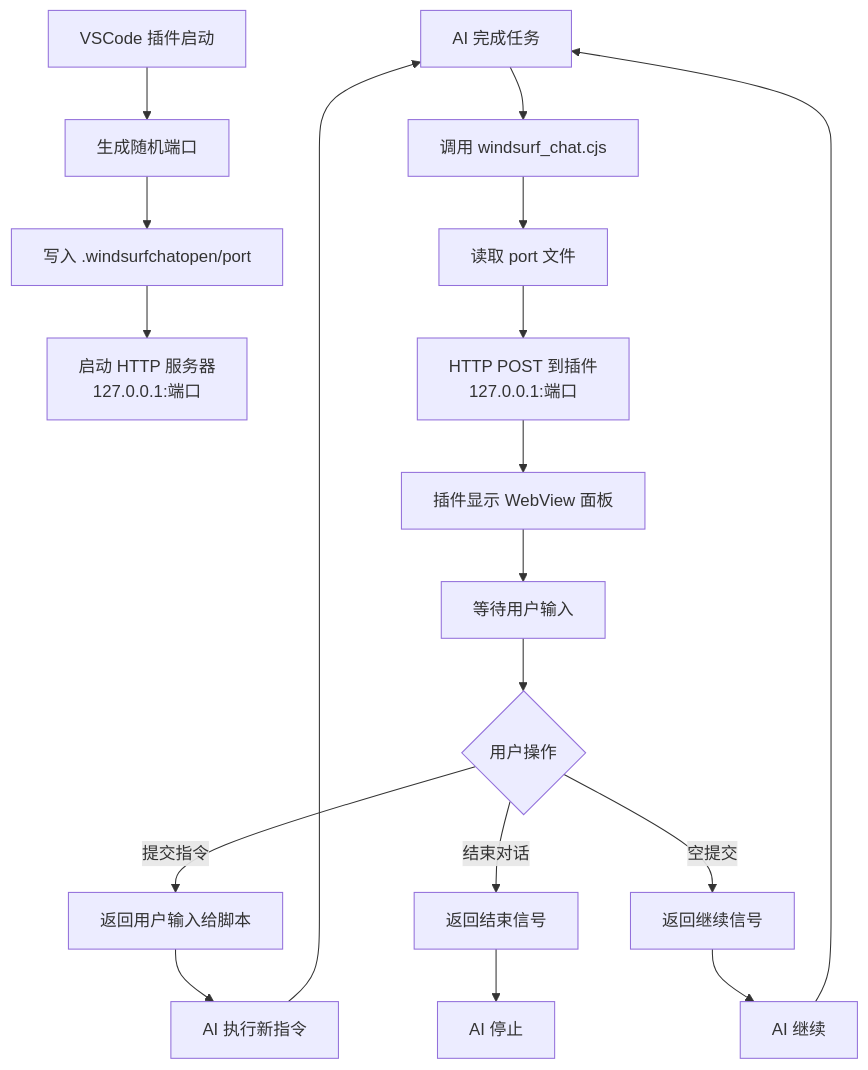
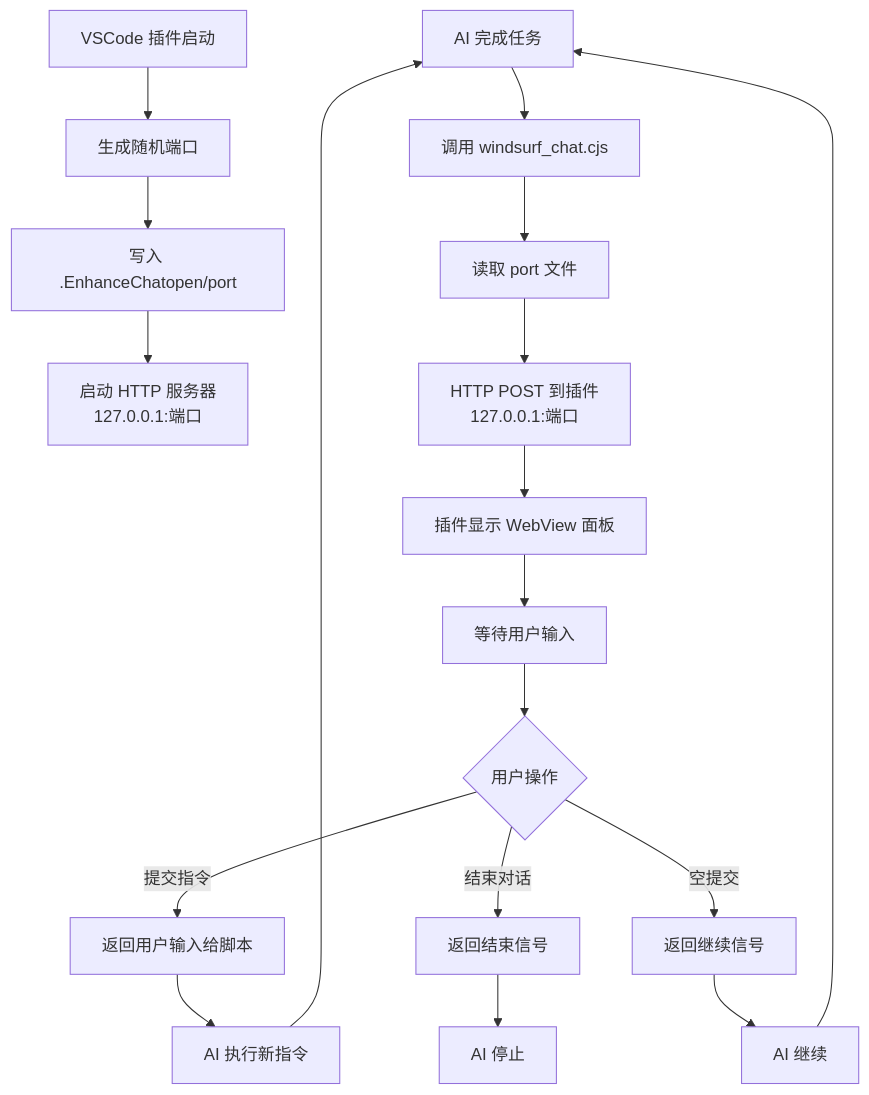
Before and after one commit to michaelbarrera21/windsurf-chat-open: the diagram in ARCHITECTURE.md, drawn with Mermaid. The commit also changed other lines of this file and 16 other files, not shown here.

````diff
--- a/ARCHITECTURE.md
+++ b/ARCHITECTURE.md
@@ -5,24 +5,24 @@
 ```mermaid
 graph TB
     A[VSCode 插件启动] --> B[生成随机端口]
-    B --> C[写入 .windsurfchatopen/port]
+    B --> C[写入 .EnhanceChatopen/port]
     C --> D[启动 HTTP 服务器<br/>127.0.0.1:端口]
     
     E[AI 完成任务] --> F[调用 windsurf_chat.cjs]
     F --> G[读取 port 文件]
     G --> H[HTTP POST 到插件<br/>127.0.0.1:端口]
     H --> I[插件显示 WebView 面板]
     I --> J[等待用户输入]
     
     J --> K{用户操作}
     K -->|提交指令| L[返回用户输入给脚本]
     K -->|结束对话| M[返回结束信号]
     K -->|空提交| N[返回继续信号]
     
     L --> O[AI 执行新指令]
     M --> P[AI 停止]
     N --> Q[AI 继续]
     
     O --> E
     Q --> E
 ```
````
